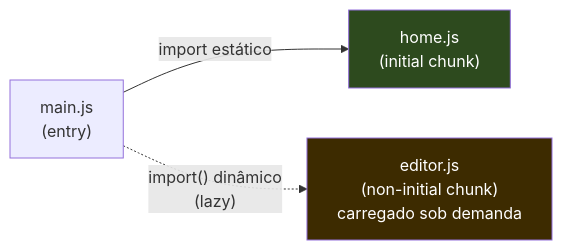
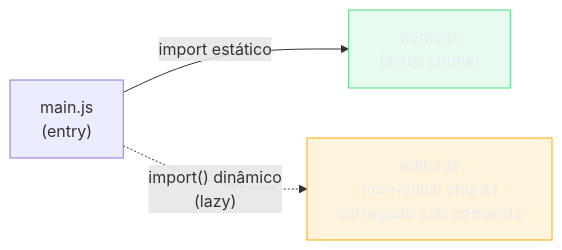
The fifth of 10 diagrams in 03-Dominios/Tecnologia/Tooling e Build/07 - O grafo de módulos e o que é bundling.md (josenaldo/codex-technomanticus), drawn with Mermaid before and after one commit. The commit also changed other lines of this file and 1181 other files, not shown here.

First line of the commit message:
fix(diagramas): paleta do sistema no lugar de cor cravada no markdown

````diff
--- a/03-Dominios/Tecnologia/Tooling e Build/07 - O grafo de módulos e o que é bundling.md
+++ b/03-Dominios/Tecnologia/Tooling e Build/07 - O grafo de módulos e o que é bundling.md
@@ -503,12 +508,14 @@
 ```mermaid
 graph LR
+    classDef destaque fill:#FFAA0024,stroke:#FFAA00,color:#E9ECF2
+    classDef ok fill:#4ADE8021,stroke:#4ADE80,color:#E9ECF2
     ENTRY["main.js\n(entry)"]
     HOME["home.js\n(initial chunk)"]
     EDITOR["editor.js\n(non-initial chunk)\ncarregado sob demanda"]
 
     ENTRY -->|"import estático"| HOME
     ENTRY -.->|"import() dinâmico\n(lazy)"| EDITOR
 
-    style EDITOR fill:#3d2b00,color:#fff
-    style HOME fill:#2d4a1e,color:#fff
+    class EDITOR destaque
+    class HOME ok
 ```
````
